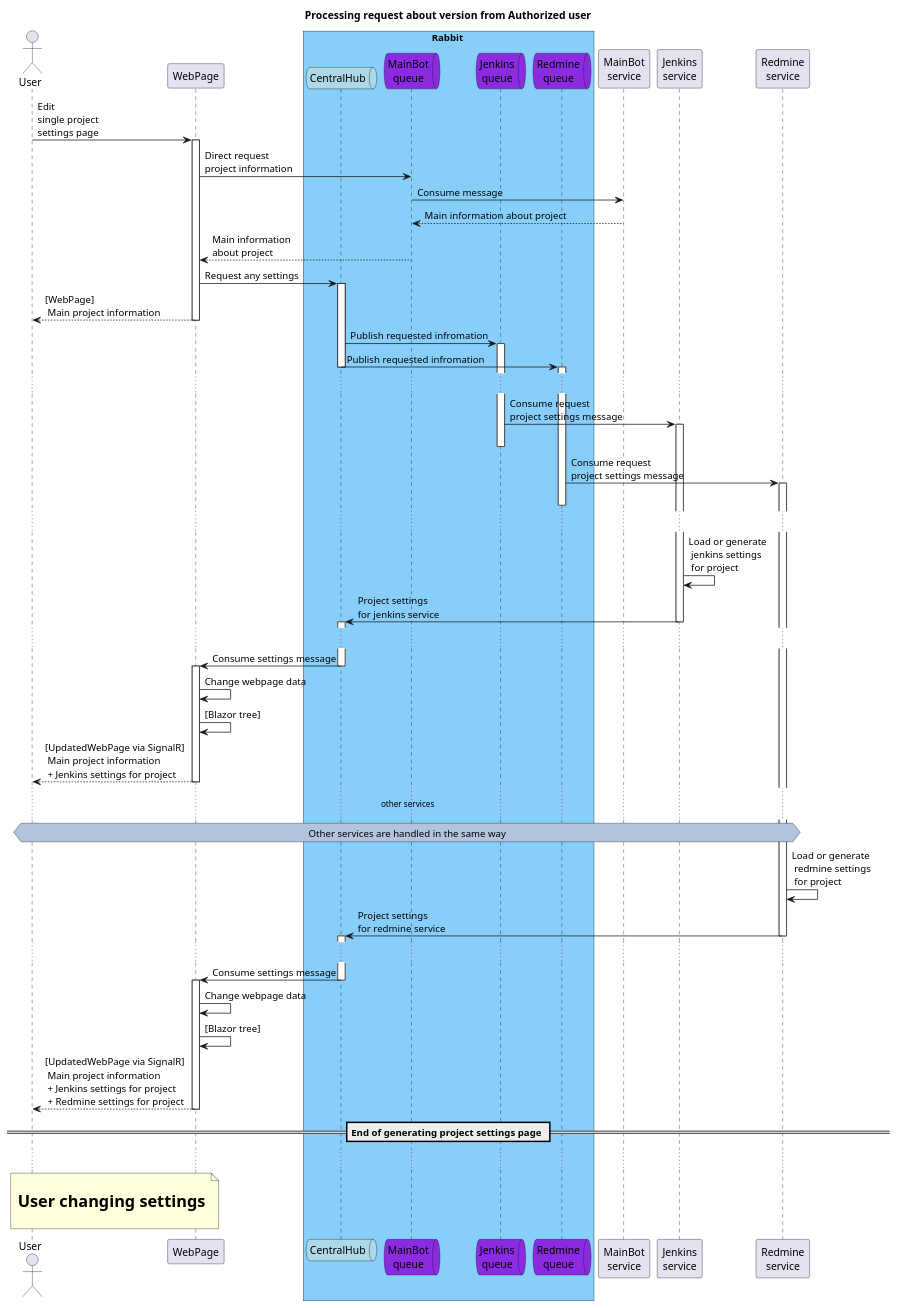
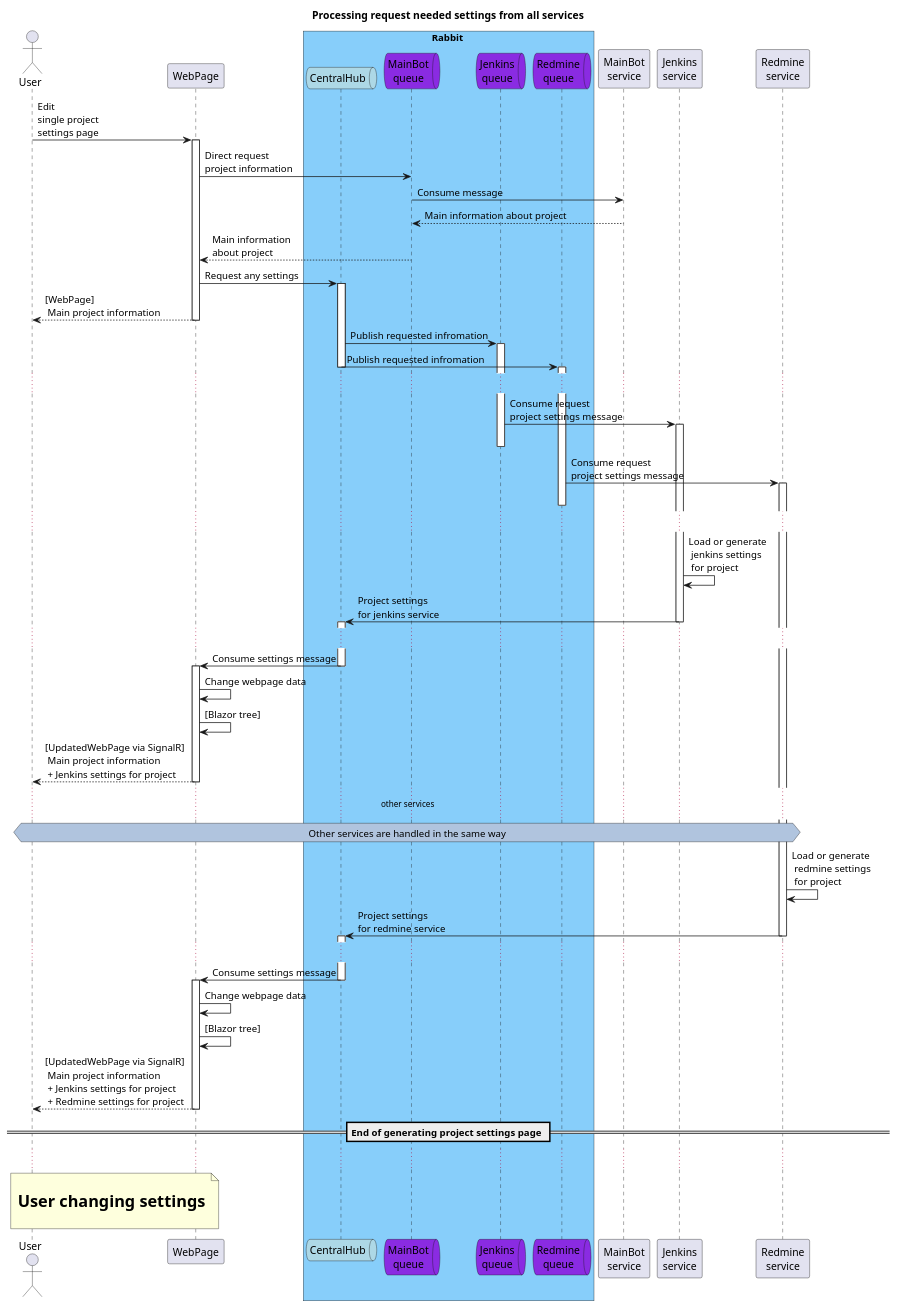
Before and after one commit to zavpav/TgBotEnterprise: the diagram in WebAdminChangeSettingsRequest.puml, drawn with PlantUML. The commit also changed 9 other files, not shown here.

```diff
--- a/WebAdminChangeSettingsRequest.puml
+++ b/WebAdminChangeSettingsRequest.puml
@@ -1,80 +1,80 @@
 @startuml Processing user request
 
-title Processing request about version from Authorized user
+title Processing request needed settings from all services
 
 actor User as usr
 participant WebPage as wp
 
 box Rabbit #LightSkyBlue 
     queue "CentralHub" as CentralHub #LightBlue
     queue "MainBot\nqueue" as mbQueue #BlueViolet
     queue "Jenkins\nqueue" as jenkinsQueue #BlueViolet
     queue "Redmine\nqueue" as redmineQueue #BlueViolet
 end box
 
 participant "MainBot\nservice" as mb
 participant "Jenkins\nservice" as jenkins
 participant "Redmine\nservice" as redmine
 
 
 usr -> wp : Edit\nsingle project\nsettings page
 activate wp
 wp -> mbQueue : Direct request\nproject information
 mbQueue -> mb  : Consume message
 mb --> mbQueue : Main information about project
 mbQueue --> wp : Main information\nabout project
 
 wp -> CentralHub : Request any settings
 activate CentralHub
 
 wp --> usr : [WebPage] \n Main project information
 deactivate wp
 
 CentralHub -> jenkinsQueue : Publish requested infromation
 activate jenkinsQueue
 CentralHub -> redmineQueue : Publish requested infromation
 deactivate CentralHub
 
 activate redmineQueue
 ...
 jenkinsQueue -> jenkins : Consume request\nproject settings message 
 activate jenkins
 deactivate jenkinsQueue
 redmineQueue -> redmine : Consume request\nproject settings message 
 activate redmine
 deactivate redmineQueue
 ...
 jenkins -> jenkins : Load or generate\n jenkins settings \n for project
 jenkins -> CentralHub : Project settings\nfor jenkins service
 deactivate jenkins
 activate CentralHub
 ...
 CentralHub -> wp : Consume settings message
 deactivate CentralHub
 activate wp
 wp -> wp : Change webpage data
 wp -> wp : [Blazor tree]
 wp --> usr : [UpdatedWebPage via SignalR] \n Main project information\n + Jenkins settings for project
 deactivate wp
 
 ... other services ...
 hnote across #LightSteelBlue: Other services are handled in the same way 
 redmine -> redmine : Load or generate\n redmine settings \n for project
 redmine -> CentralHub : Project settings\nfor redmine service
 deactivate redmine
 activate CentralHub
 ...
 CentralHub -> wp : Consume settings message
 deactivate CentralHub
 activate wp
 wp -> wp : Change webpage data
 wp -> wp : [Blazor tree]
 wp --> usr : [UpdatedWebPage via SignalR] \n Main project information\n + Jenkins settings for project\n + Redmine settings for project
 deactivate wp
 
 == End of generating project settings page == 
 
 ...
 note over usr, wp : \n <size:22>**User changing settings**</size> \n
 
 @enduml
```
